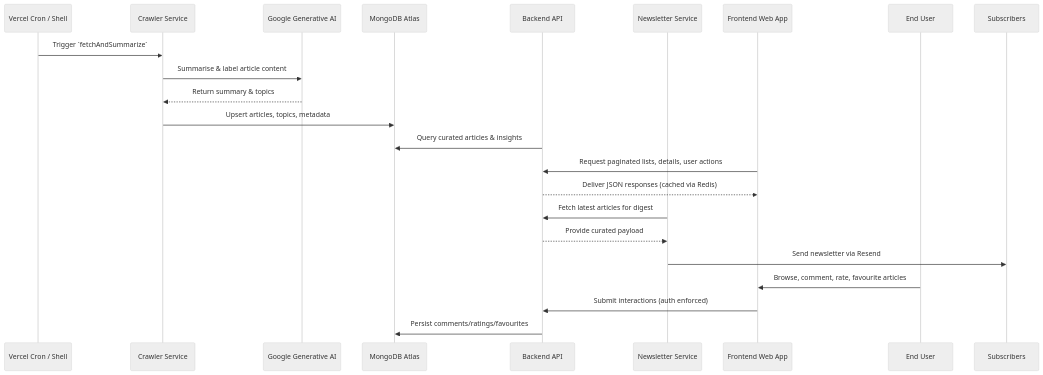
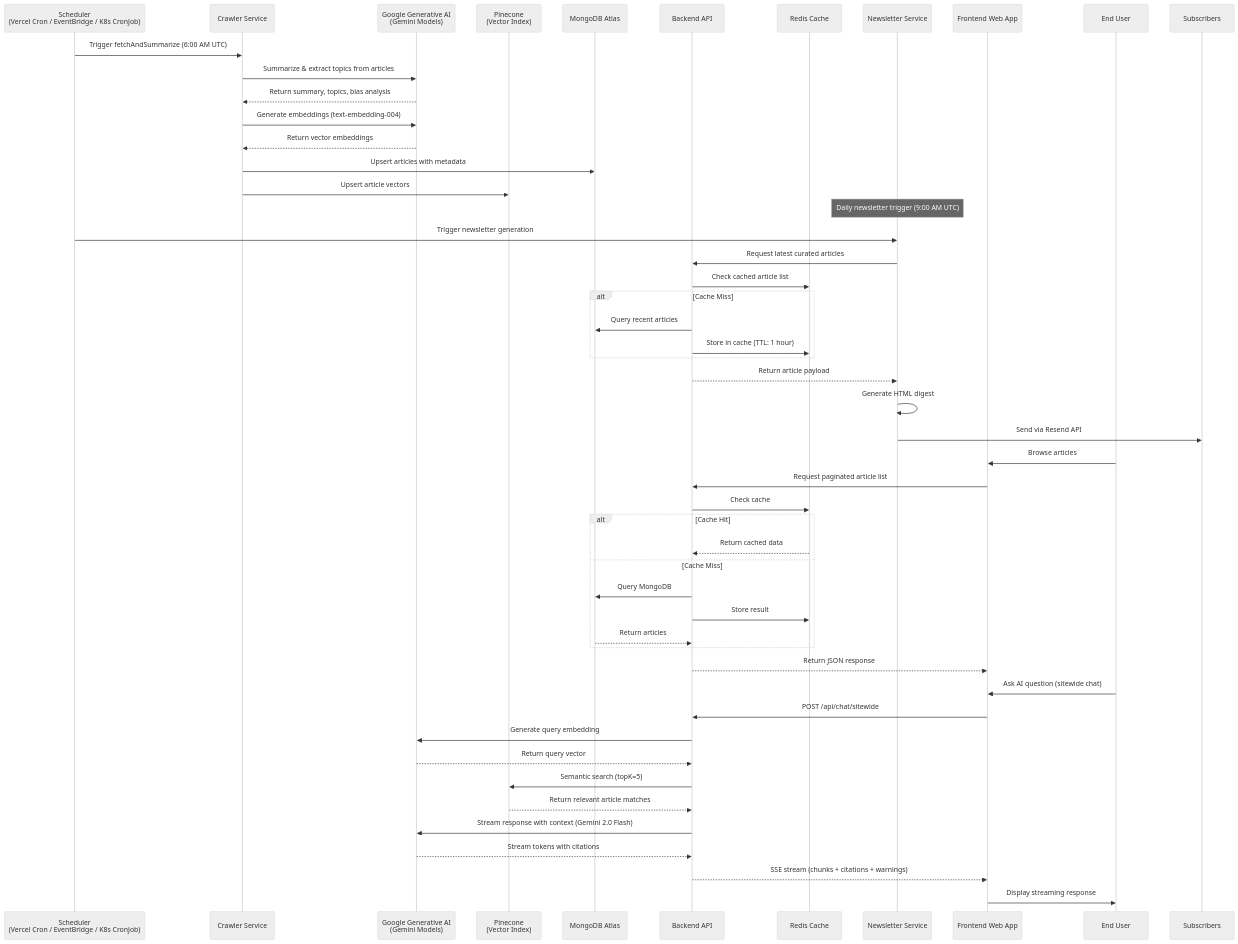
One commit to hoangsonww/AI-Gov-Content-Curator changed the seventh of 19 diagrams in ARCHITECTURE.md. Above: the diagram before and after it, drawn with Mermaid (neutral theme). The commit also changed other lines of this file and 20 other files, not shown here.

Commit message:
Implement sitewide AI chat feature with streaming responses and citation system

````diff
--- a/ARCHITECTURE.md
+++ b/ARCHITECTURE.md
@@ -47,25 +418,56 @@
 ```mermaid
 sequenceDiagram
-    participant Cron as Vercel Cron / Shell
+    participant Cron as Scheduler<br/>(Vercel Cron / EventBridge / K8s CronJob)
     participant Crawl as Crawler Service
-    participant AI as Google Generative AI
+    participant AI as Google Generative AI<br/>(Gemini Models)
+    participant Vector as Pinecone<br/>(Vector Index)
     participant DB as MongoDB Atlas
     participant Back as Backend API
+    participant Cache as Redis Cache
     participant Mail as Newsletter Service
     participant UI as Frontend Web App
     participant User as End User
 
-    Cron->>Crawl: Trigger `fetchAndSummarize`
-    Crawl->>AI: Summarise & label article content
-    AI-->>Crawl: Return summary & topics
-    Crawl->>DB: Upsert articles, topics, metadata
-    Back->>DB: Query curated articles & insights
-    UI->>Back: Request paginated lists, details, user actions
-    Back-->>UI: Deliver JSON responses (cached via Redis)
-    Mail->>Back: Fetch latest articles for digest
-    Back-->>Mail: Provide curated payload
-    Mail->>Subscribers: Send newsletter via Resend
-    User->>UI: Browse, comment, rate, favourite articles
-    UI->>Back: Submit interactions (auth enforced)
-    Back->>DB: Persist comments/ratings/favourites
+    Cron->>Crawl: Trigger fetchAndSummarize (6:00 AM UTC)
+    Crawl->>AI: Summarize & extract topics from articles
+    AI-->>Crawl: Return summary, topics, bias analysis
+    Crawl->>AI: Generate embeddings (text-embedding-004)
+    AI-->>Crawl: Return vector embeddings
+    Crawl->>DB: Upsert articles with metadata
+    Crawl->>Vector: Upsert article vectors
+
+    Note over Mail: Daily newsletter trigger (9:00 AM UTC)
+    Cron->>Mail: Trigger newsletter generation
+    Mail->>Back: Request latest curated articles
+    Back->>Cache: Check cached article list
+    alt Cache Miss
+        Back->>DB: Query recent articles
+        Back->>Cache: Store in cache (TTL: 1 hour)
+    end
+    Back-->>Mail: Return article payload
+    Mail->>Mail: Generate HTML digest
+    Mail->>Subscribers: Send via Resend API
+
+    User->>UI: Browse articles
+    UI->>Back: Request paginated article list
+    Back->>Cache: Check cache
+    alt Cache Hit
+        Cache-->>Back: Return cached data
+    else Cache Miss
+        Back->>DB: Query MongoDB
+        Back->>Cache: Store result
+        DB-->>Back: Return articles
+    end
+    Back-->>UI: Return JSON response
+
+    User->>UI: Ask AI question (sitewide chat)
+    UI->>Back: POST /api/chat/sitewide
+    Back->>AI: Generate query embedding
+    AI-->>Back: Return query vector
+    Back->>Vector: Semantic search (topK=5)
+    Vector-->>Back: Return relevant article matches
+    Back->>AI: Stream response with context (Gemini 2.0 Flash)
+    AI-->>Back: Stream tokens with citations
+    Back-->>UI: SSE stream (chunks + citations + warnings)
+    UI->>User: Display streaming response
 ```
````
